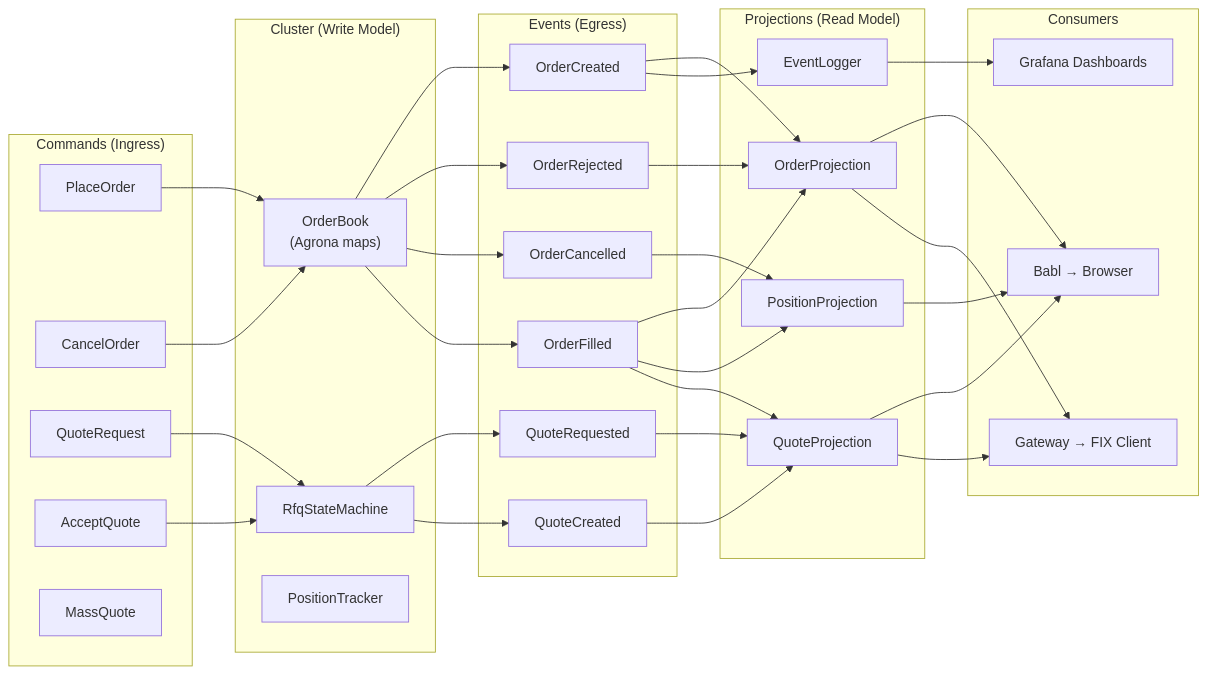
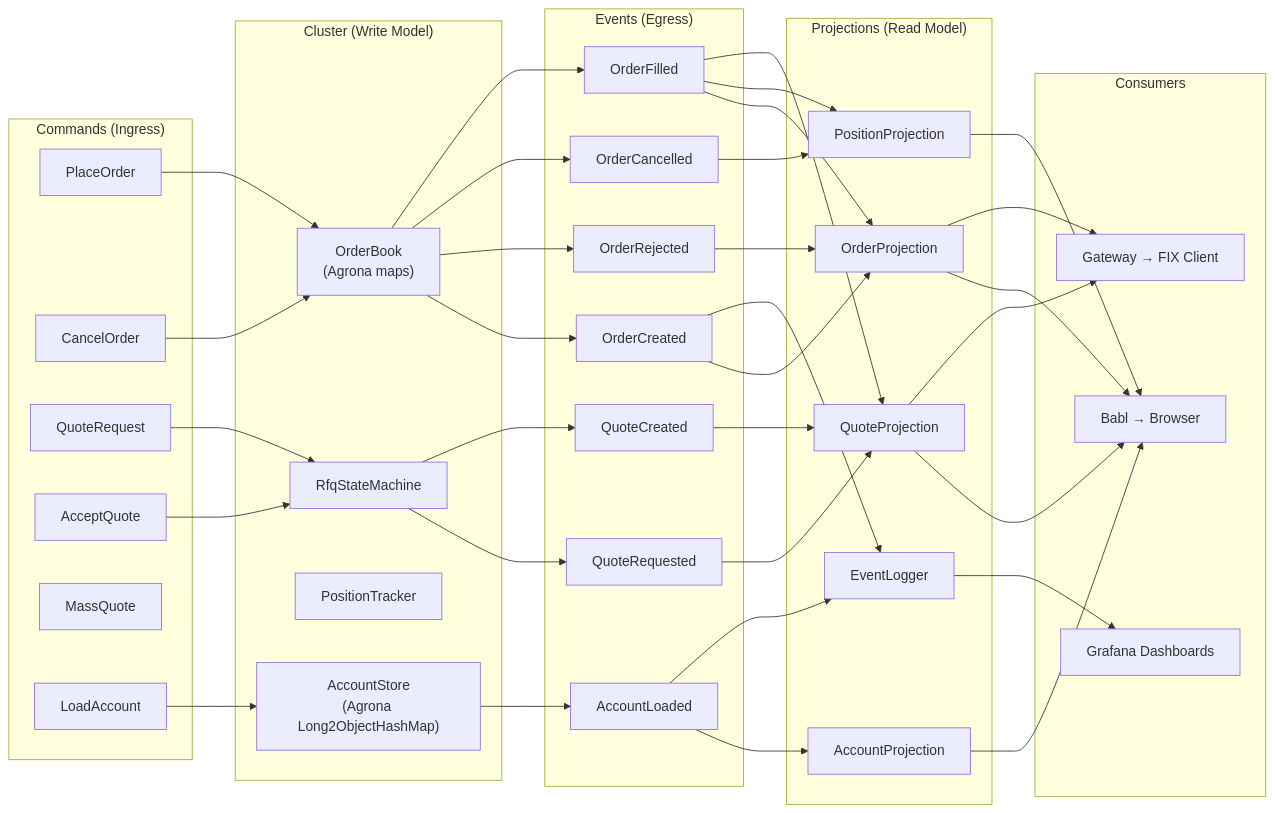
The diagram in docs/event-map.md (jsohi/app-trading-engine), drawn with Mermaid before and after one commit. The commit also changed other lines of this file and 2 other files, not shown here.

````diff
--- a/docs/event-map.md
+++ b/docs/event-map.md
@@ -96,67 +115,76 @@
 ```mermaid
 graph LR
     subgraph Ingress["Commands (Ingress)"]
         PlaceOrder
         CancelOrder
         QuoteRequest
         AcceptQuote
         MassQuote
+        LoadAccount
     end
 
     subgraph Cluster["Cluster (Write Model)"]
         OH["OrderBook<br/>(Agrona maps)"]
         RFQ["RfqStateMachine"]
         PT["PositionTracker"]
+        AS["AccountStore<br/>(Agrona Long2ObjectHashMap)"]
     end
 
     subgraph Events["Events (Egress)"]
         OA["OrderCreated"]
         OR["OrderRejected"]
         OF["OrderFilled"]
         OC["OrderCancelled"]
         QReq["QuoteRequested"]
         QC["QuoteCreated"]
+        AL["AccountLoaded"]
     end
 
     subgraph ReadModel["Projections (Read Model)"]
         OP["OrderProjection"]
         PP["PositionProjection"]
         QP["QuoteProjection"]
+        AP["AccountProjection"]
         EL["EventLogger"]
     end
 
     subgraph Consumers["Consumers"]
         Babl["Babl → Browser"]
         FIX["Gateway → FIX Client"]
         Grafana["Grafana Dashboards"]
     end
 
     PlaceOrder --> OH
     CancelOrder --> OH
     QuoteRequest --> RFQ
     AcceptQuote --> RFQ
+    LoadAccount --> AS
 
     OH --> OA
     OH --> OR
     OH --> OC
     OH --> OF
     RFQ --> QReq
     RFQ --> QC
+    AS --> AL
 
     OA --> OP
     OA --> EL
     OR --> OP
     OF --> OP
     OF --> PP
     OF --> QP
     OC --> PP
     QReq --> QP
     QC --> QP
+    AL --> AP
+    AL --> EL
 
     OP --> Babl
     PP --> Babl
     QP --> Babl
+    AP --> Babl
     OP --> FIX
     QP --> FIX
     EL --> Grafana
 ```
````
